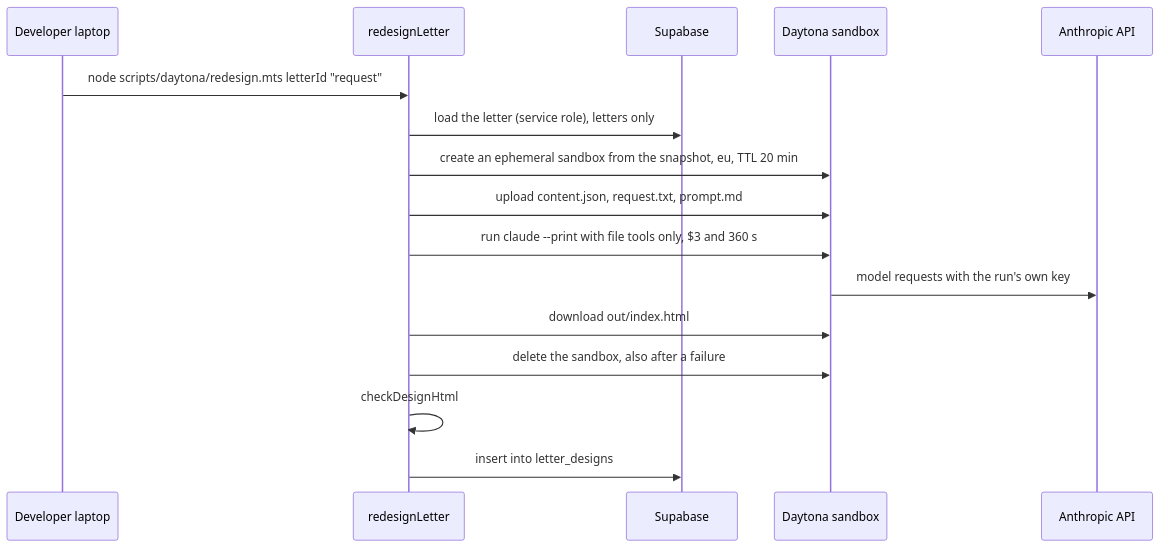
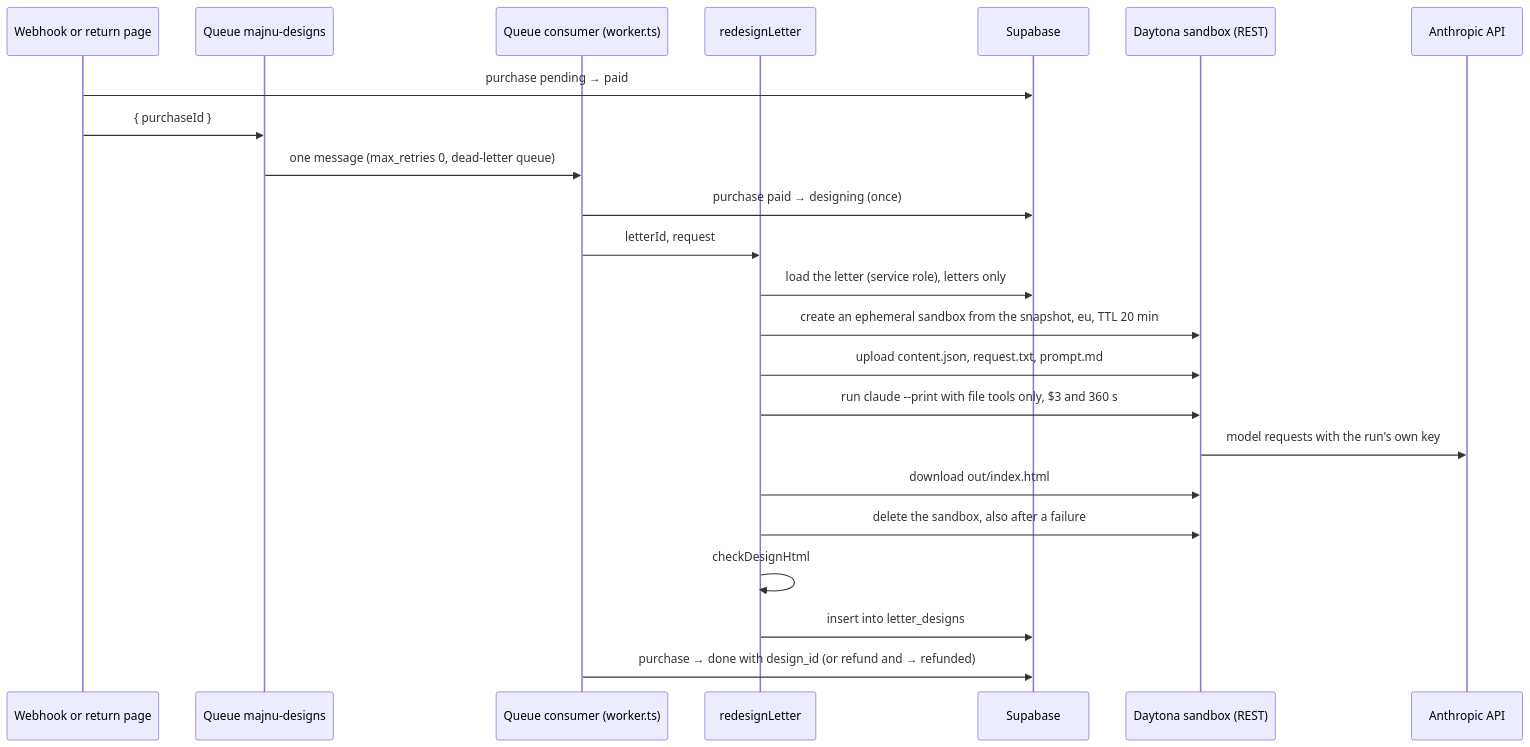
Before and after one commit to peresramirez/majnu: the first of 2 diagrams in docs/features/daytona-redesign.md, drawn with Mermaid. The commit also changed other lines of this file and 11 other files, not shown here.

````diff
--- a/docs/features/daytona-redesign.md
+++ b/docs/features/daytona-redesign.md
@@ -11,18 +11,25 @@
 ```mermaid
 sequenceDiagram
-  participant Dev as Developer laptop
+  participant W as Webhook or return page
+  participant Q as Queue majnu-designs
+  participant C as Queue consumer (worker.ts)
   participant Job as redesignLetter
   participant DB as Supabase
-  participant D as Daytona sandbox
+  participant D as Daytona sandbox (REST)
   participant A as Anthropic API
-  Dev->>Job: node scripts/daytona/redesign.mts letterId "request"
+  W->>DB: purchase pending → paid
+  W->>Q: { purchaseId }
+  Q->>C: one message (max_retries 0, dead-letter queue)
+  C->>DB: purchase paid → designing (once)
+  C->>Job: letterId, request
   Job->>DB: load the letter (service role), letters only
   Job->>D: create an ephemeral sandbox from the snapshot, eu, TTL 20 min
   Job->>D: upload content.json, request.txt, prompt.md
   Job->>D: run claude --print with file tools only, $3 and 360 s
   D->>A: model requests with the run's own key
   Job->>D: download out/index.html
   Job->>D: delete the sandbox, also after a failure
   Job->>Job: checkDesignHtml
   Job->>DB: insert into letter_designs
+  C->>DB: purchase → done with design_id (or refund and → refunded)
 ```
````
